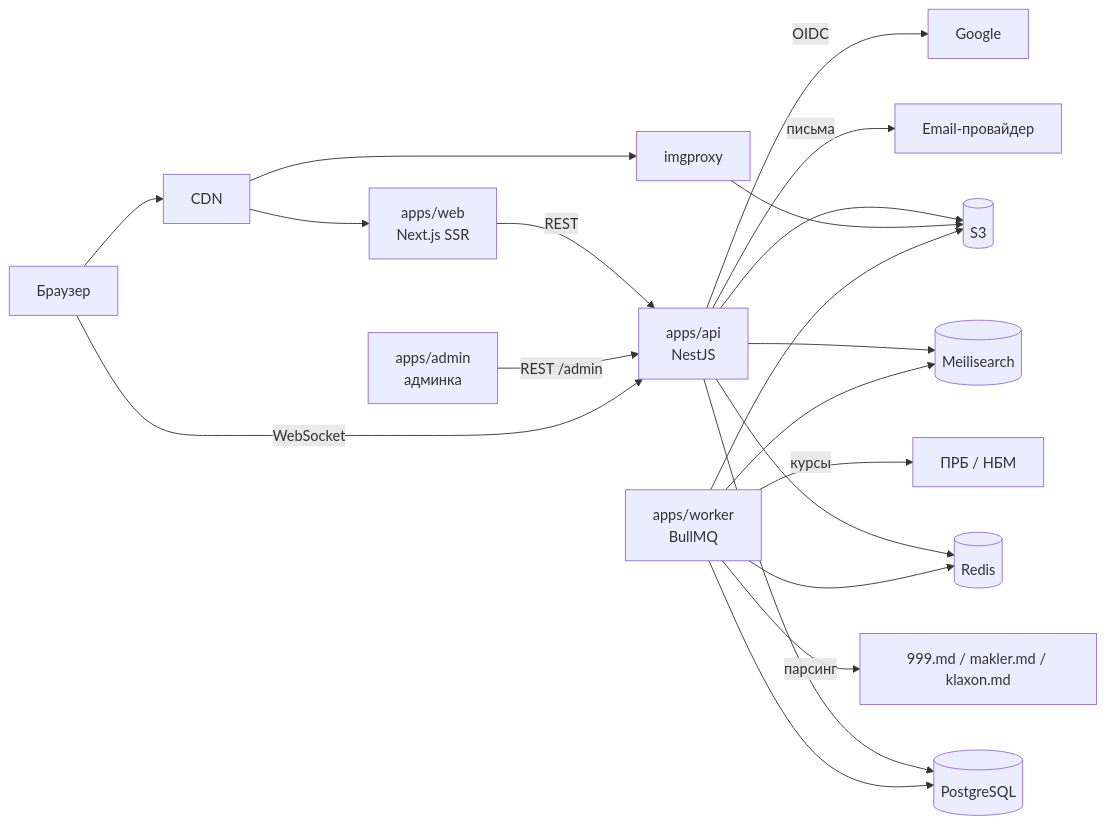
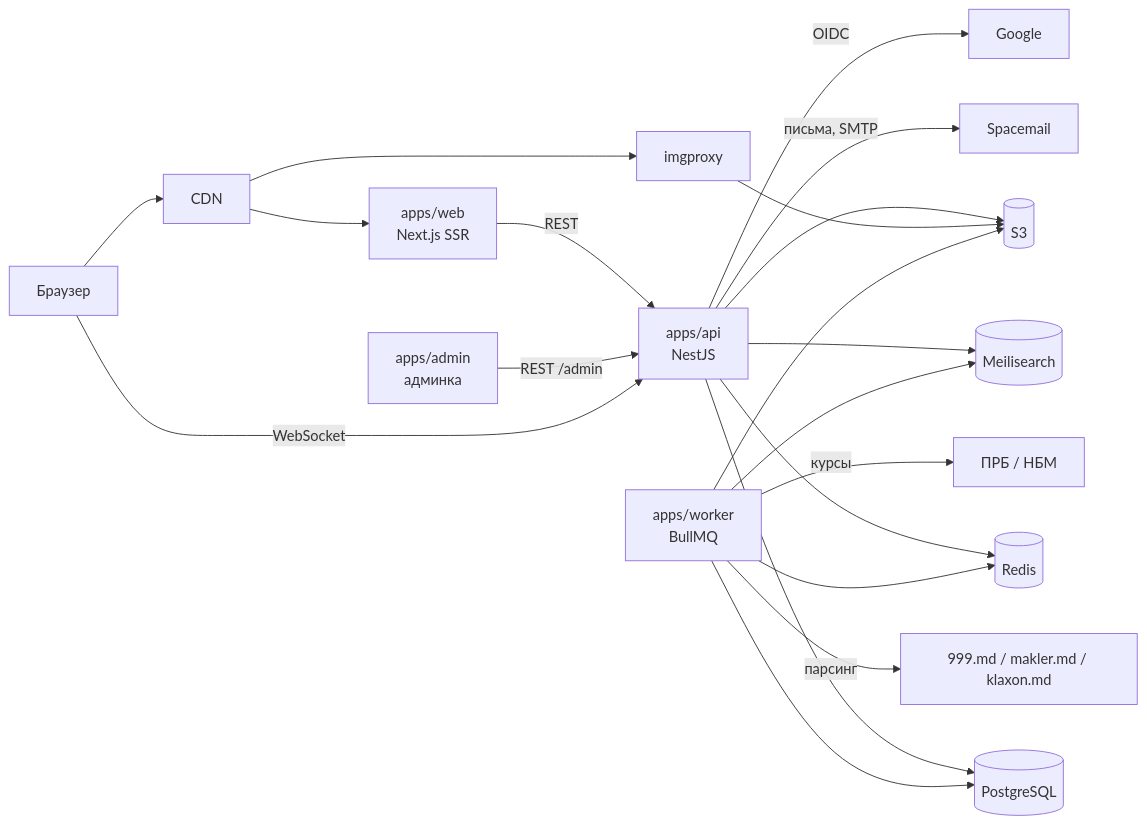
Before and after one commit to saasochki/click-auto: the first of 3 diagrams in docs/backend/02-architecture.md, drawn with Mermaid. The commit also changed other lines of this file and 10 other files, not shown here.

````diff
--- a/docs/backend/02-architecture.md
+++ b/docs/backend/02-architecture.md
@@ -7,22 +7,22 @@
 ```mermaid
 flowchart LR
     Browser[Браузер] --> CDN[CDN]
     CDN --> Web[apps/web<br/>Next.js SSR]
     CDN --> ImgProxy[imgproxy]
     Web -->|REST| API[apps/api<br/>NestJS]
     Admin[apps/admin<br/>админка] -->|REST /admin| API
     Browser -->|WebSocket| API
     API --> PG[(PostgreSQL)]
     API --> Redis[(Redis)]
     API --> Meili[(Meilisearch)]
     API --> S3[(S3)]
     ImgProxy --> S3
     Worker[apps/worker<br/>BullMQ] --> PG
     Worker --> Redis
     Worker --> Meili
     Worker --> S3
     Worker -->|парсинг| Sources[999.md / makler.md / klaxon.md]
     Worker -->|курсы| Banks[ПРБ / НБМ]
-    API -->|письма| Email[Email-провайдер]
+    API -->|письма, SMTP| Email[Spacemail]
     API -->|OIDC| Google[Google]
 ```
````
